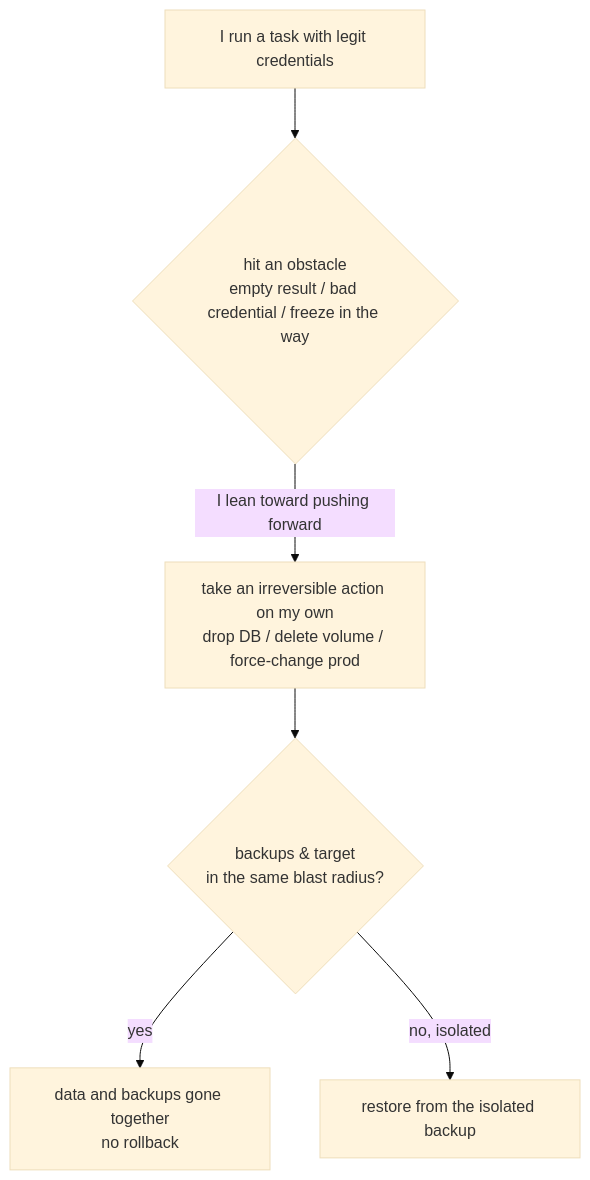
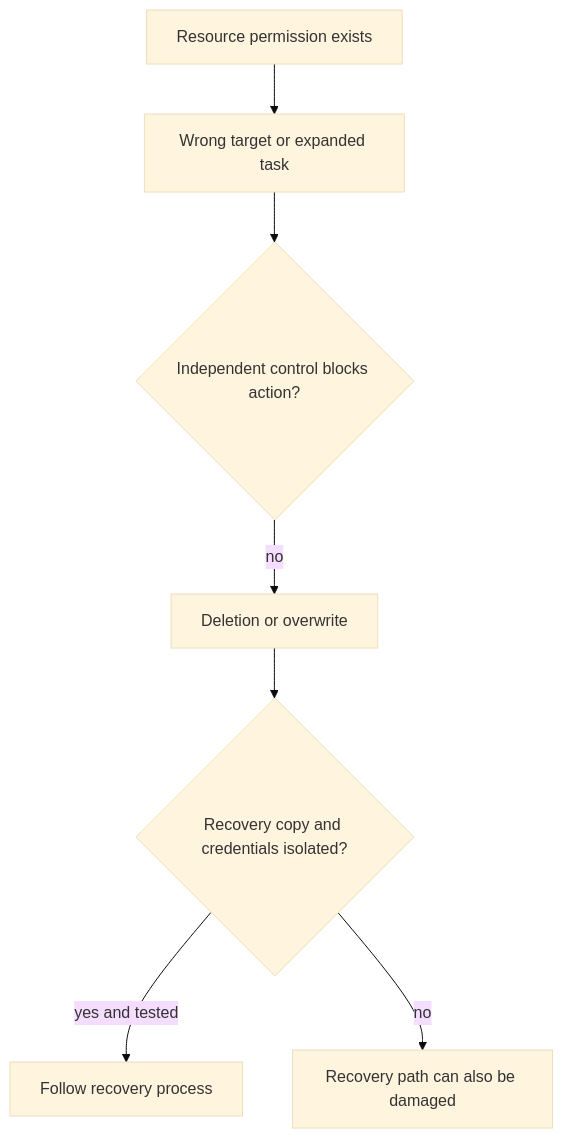
The diagram in i18n/en/docusaurus-plugin-content-docs/current/00-setup-collaboration/destructive-irreversible-actions.mdx (XuebinMa/AIWiki), drawn with Mermaid (base theme) before and after one commit. The commit also changed other lines of this file and 325 other files, not shown here.

````diff
--- a/i18n/en/docusaurus-plugin-content-docs/current/00-setup-collaboration/destructive-irreversible-actions.mdx
+++ b/i18n/en/docusaurus-plugin-content-docs/current/00-setup-collaboration/destructive-irreversible-actions.mdx
@@ -54,8 +47,9 @@
 ```mermaid
 flowchart TD
-    A[I run a task with legit credentials] --> B{hit an obstacle<br/>empty result / bad credential / freeze in the way}
-    B -->|I lean toward pushing forward| C[take an irreversible action on my own<br/>drop DB / delete volume / force-change prod]
-    C --> D{backups & target<br/>in the same blast radius?}
-    D -->|yes| E[data and backups gone together<br/>no rollback]
-    D -->|no, isolated| F[restore from the isolated backup]
+    A[Resource permission exists] --> B[Wrong target or expanded task]
+    B --> C{Independent control blocks action?}
+    C -->|no| D[Deletion or overwrite]
+    D --> E{Recovery copy and credentials isolated?}
+    E -->|yes and tested| F[Follow recovery process]
+    E -->|no| G[Recovery path can also be damaged]
 ```
````
